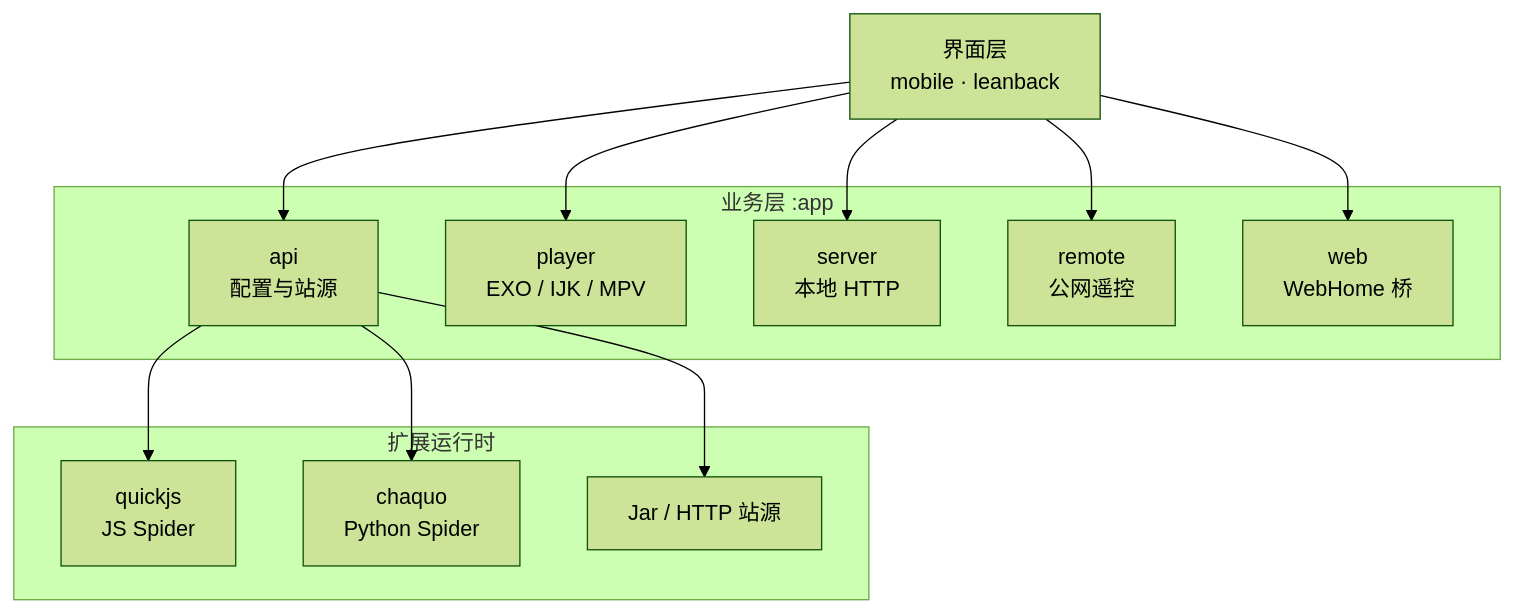
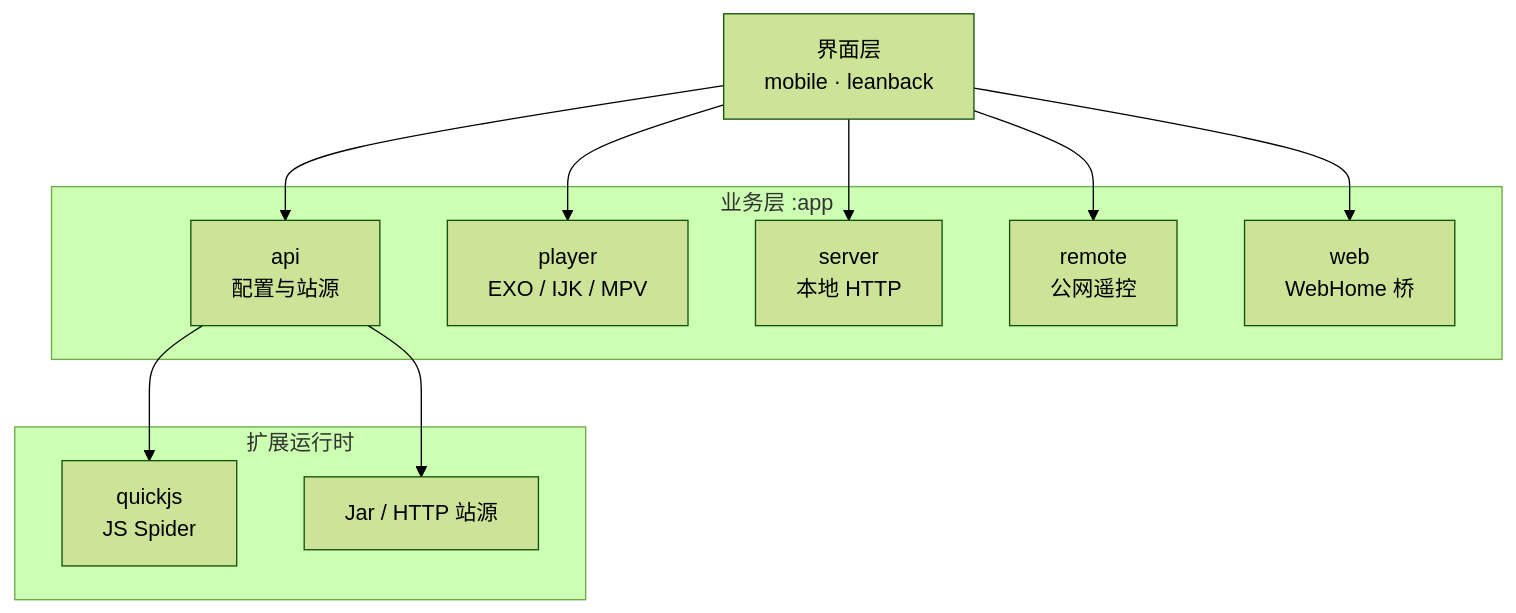
The diagram in README.md (ctowl2018/webtv), drawn with Mermaid (forest theme) before and after one commit. The commit also changed other lines of this file, not shown here.

````diff
--- a/README.md
+++ b/README.md
@@ -289,27 +278,25 @@
 ```mermaid
 flowchart TB
     UI["界面层<br/>mobile · leanback"]
 
     subgraph APP["业务层 :app"]
         CFG["api<br/>配置与站源"]
         PLY["player<br/>EXO / IJK / MPV"]
         SRV["server<br/>本地 HTTP"]
         RMT["remote<br/>公网遥控"]
         WBH["web<br/>WebHome 桥"]
     end
 
     subgraph RT["扩展运行时"]
         JS["quickjs<br/>JS Spider"]
-        PY["chaquo<br/>Python Spider"]
         JAR["Jar / HTTP 站源"]
     end
 
     UI --> CFG
     UI --> PLY
     UI --> SRV
     UI --> RMT
     UI --> WBH
     CFG --> JS
-    CFG --> PY
     CFG --> JAR
 ```
````
